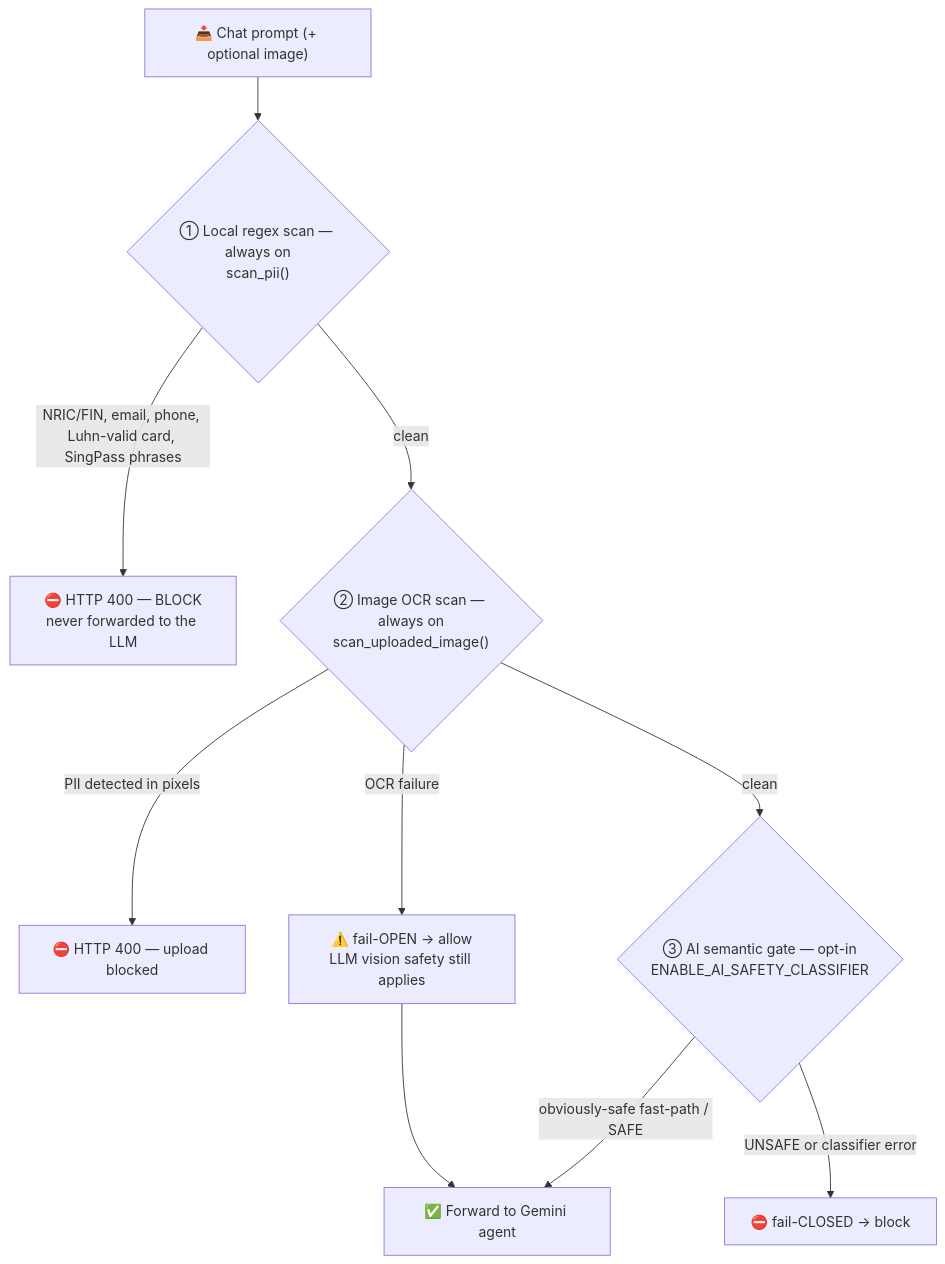
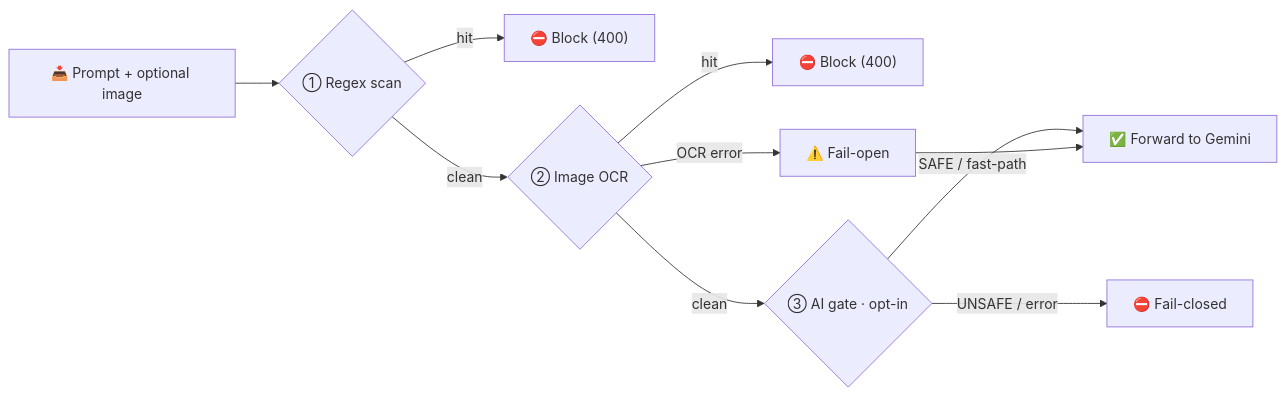
One commit to leshweyeewin/merlion-os changed the second of 3 diagrams in README.md. Above: the diagram before and after it, drawn with Mermaid. The commit also changed other lines of this file and 17 other files, not shown here.

````diff
--- a/README.md
+++ b/README.md
@@ -59,12 +59,12 @@
 ```mermaid
-flowchart TD
-    In["📥 Chat prompt (+ optional image)"] --> L1{"① Local regex scan — always on<br/>scan_pii()"}
-    L1 -- "NRIC/FIN, email, phone, Luhn-valid card, SingPass phrases" --> B1["⛔ HTTP 400 — BLOCK<br/>never forwarded to the LLM"]
-    L1 -- clean --> L2{"② Image OCR scan — always on<br/>scan_uploaded_image()"}
-    L2 -- "PII detected in pixels" --> B2["⛔ HTTP 400 — upload blocked"]
-    L2 -- "OCR failure" --> FO["⚠️ fail-OPEN → allow<br/>LLM vision safety still applies"]
-    L2 -- clean --> L3{"③ AI semantic gate — opt-in<br/>ENABLE_AI_SAFETY_CLASSIFIER"}
-    L3 -- "obviously-safe fast-path / SAFE" --> OK["✅ Forward to Gemini agent"]
-    L3 -- "UNSAFE or classifier error" --> B3["⛔ fail-CLOSED → block"]
+flowchart LR
+    In["📥 Prompt + optional image"] --> L1{"① Regex scan"}
+    L1 -->|hit| B1["⛔ Block (400)"]
+    L1 -->|clean| L2{"② Image OCR"}
+    L2 -->|hit| B2["⛔ Block (400)"]
+    L2 -->|OCR error| FO["⚠️ Fail-open"]
+    L2 -->|clean| L3{"③ AI gate · opt-in"}
+    L3 -->|UNSAFE / error| B3["⛔ Fail-closed"]
+    L3 -->|SAFE / fast-path| OK["✅ Forward to Gemini"]
     FO --> OK
 ```
````
